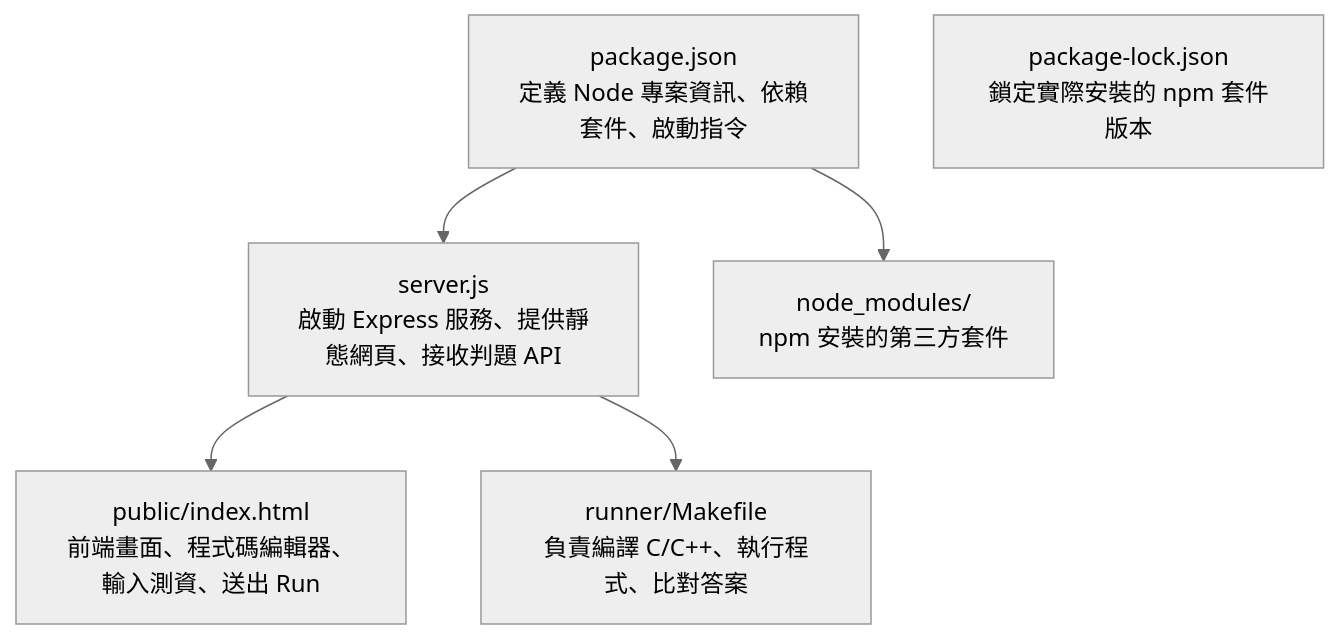
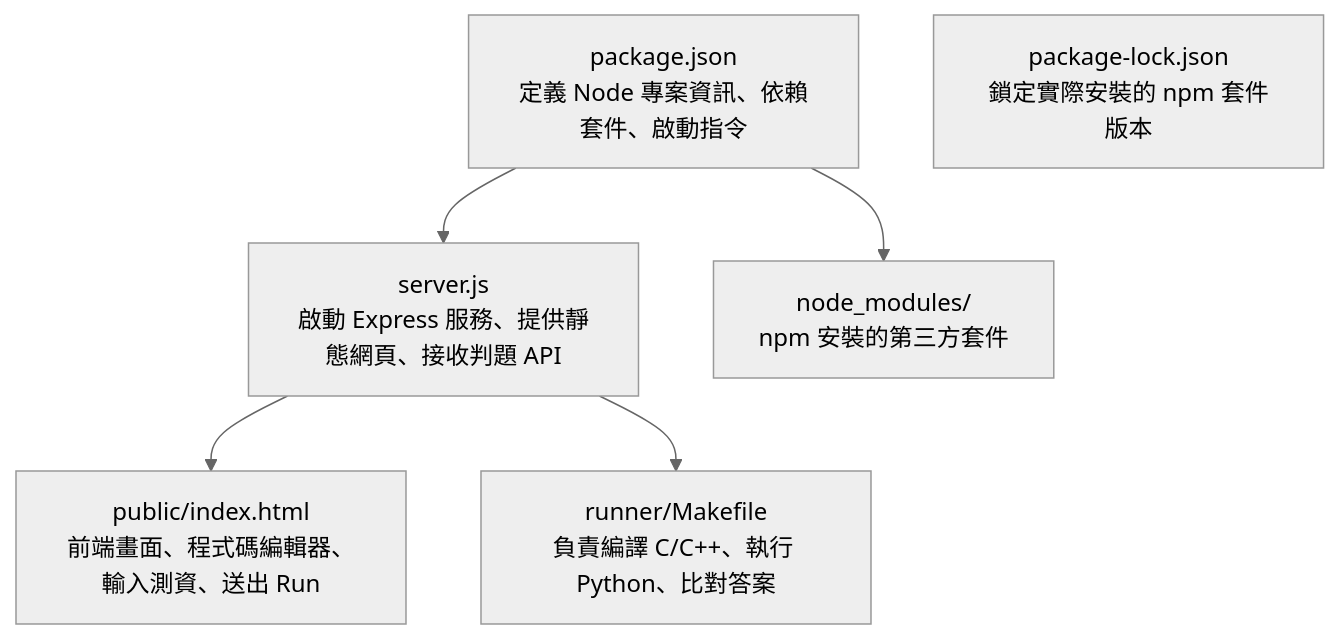
Before and after one commit to brianlin1213/proj-mini-oj: the first of 6 diagrams in FLOW.md, drawn with Mermaid (neutral theme). The commit also changed other lines of this file and 3 other files, not shown here.

````diff
--- a/FLOW.md
+++ b/FLOW.md
@@ -7,14 +7,14 @@
 ```mermaid
 flowchart TD
     Package[package.json<br/>定義 Node 專案資訊、依賴套件、啟動指令]
     Lock[package-lock.json<br/>鎖定實際安裝的 npm 套件版本]
     Server[server.js<br/>啟動 Express 服務、提供靜態網頁、接收判題 API]
     Public[public/index.html<br/>前端畫面、程式碼編輯器、輸入測資、送出 Run]
-    Makefile[runner/Makefile<br/>負責編譯 C/C++、執行程式、比對答案]
+    Makefile[runner/Makefile<br/>負責編譯 C/C++、執行 Python、比對答案]
     NodeModules[node_modules/<br/>npm 安裝的第三方套件]
 
     Package --> NodeModules
     Package --> Server
     Server --> Public
     Server --> Makefile
 ```
````
